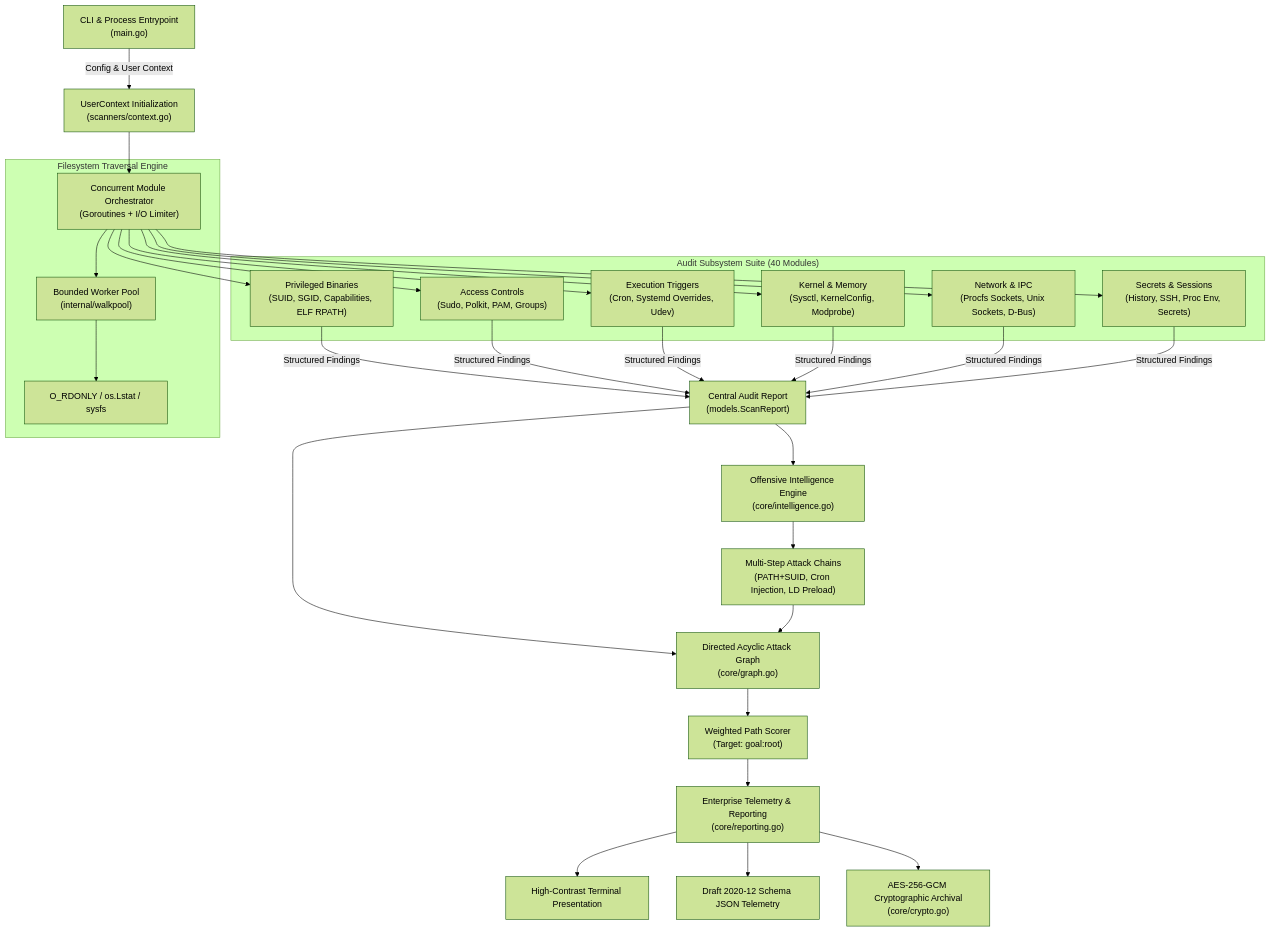
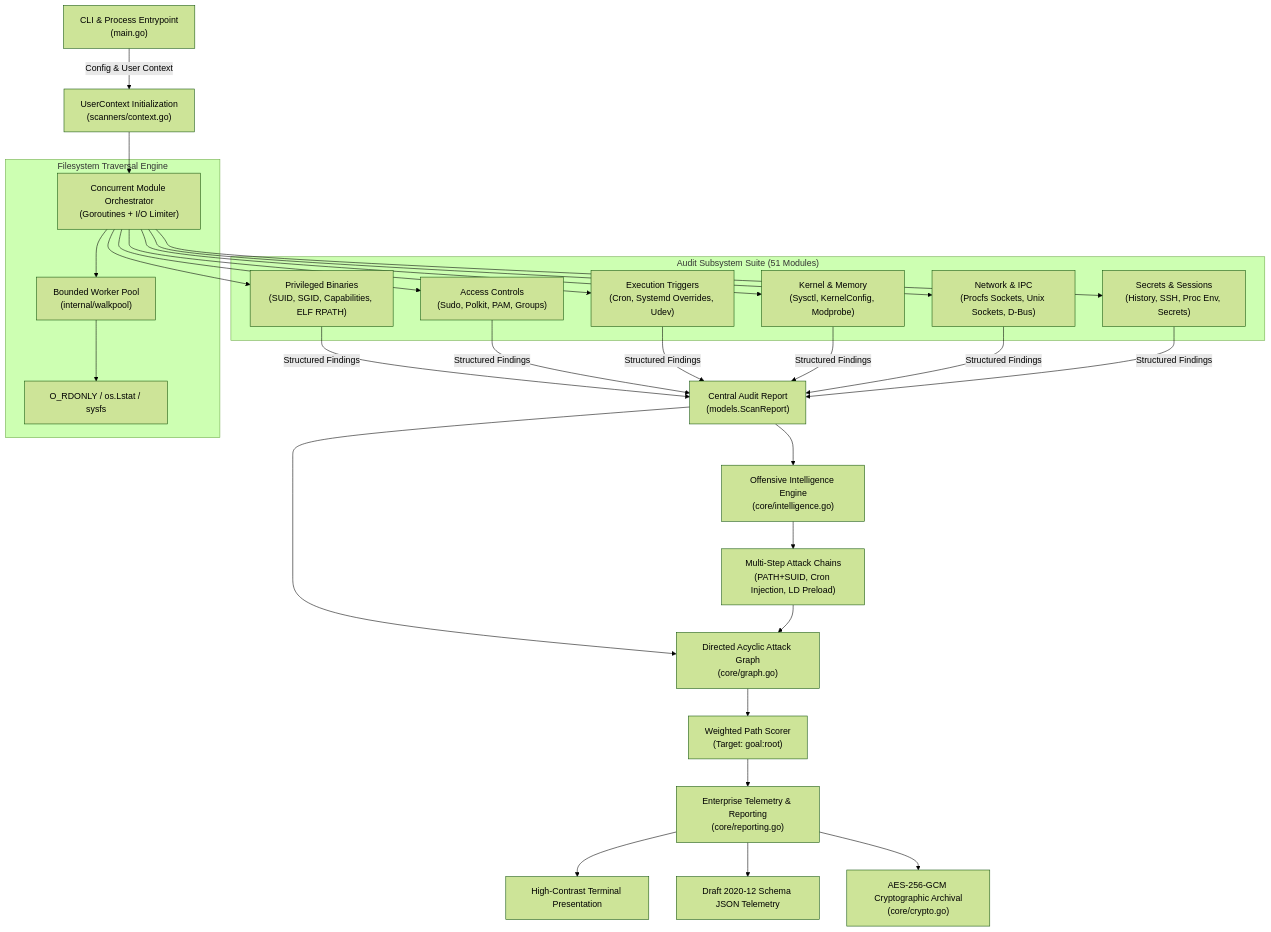
The first of 2 diagrams in docs/ARCHITECTURE.md (cetinkayaismail/talaria-privesc), drawn with Mermaid (forest theme) before and after one commit. The commit also changed other lines of this file and 5 other files, not shown here.

````diff
--- a/docs/ARCHITECTURE.md
+++ b/docs/ARCHITECTURE.md
@@ -19,33 +19,33 @@
 ```mermaid
 graph TD
     CLI["CLI & Process Entrypoint<br/>(main.go)"] -->|"Config & User Context"| Context["UserContext Initialization<br/>(scanners/context.go)"]
     
     Context --> Orchestrator["Concurrent Module Orchestrator<br/>(Goroutines + I/O Limiter)"]
     
     subgraph "Filesystem Traversal Engine"
         Orchestrator --> WalkPool["Bounded Worker Pool<br/>(internal/walkpool)"]
         WalkPool --> FastStat["O_RDONLY / os.Lstat / sysfs"]
     end
     
-    subgraph "Audit Subsystem Suite (40 Modules)"
+    subgraph "Audit Subsystem Suite (51 Modules)"
         Orchestrator --> Mod1["Privileged Binaries<br/>(SUID, SGID, Capabilities, ELF RPATH)"]
         Orchestrator --> Mod2["Access Controls<br/>(Sudo, Polkit, PAM, Groups)"]
         Orchestrator --> Mod3["Execution Triggers<br/>(Cron, Systemd Overrides, Udev)"]
         Orchestrator --> Mod4["Kernel & Memory<br/>(Sysctl, KernelConfig, Modprobe)"]
         Orchestrator --> Mod5["Network & IPC<br/>(Procfs Sockets, Unix Sockets, D-Bus)"]
         Orchestrator --> Mod6["Secrets & Sessions<br/>(History, SSH, Proc Env, Secrets)"]
     end
     
     Mod1 & Mod2 & Mod3 & Mod4 & Mod5 & Mod6 -->|"Structured Findings"| ReportModel["Central Audit Report<br/>(models.ScanReport)"]
     
     ReportModel --> IntelEngine["Offensive Intelligence Engine<br/>(core/intelligence.go)"]
     IntelEngine --> MultiStepChains["Multi-Step Attack Chains<br/>(PATH+SUID, Cron Injection, LD Preload)"]
     
     ReportModel & MultiStepChains --> GraphEngine["Directed Acyclic Attack Graph<br/>(core/graph.go)"]
     GraphEngine --> Dijkstra["Weighted Path Scorer<br/>(Target: goal:root)"]
     
     Dijkstra --> ReportingPipeline["Enterprise Telemetry & Reporting<br/>(core/reporting.go)"]
     ReportingPipeline --> TerminalOutput["High-Contrast Terminal Presentation"]
     ReportingPipeline --> JSONOutput["Draft 2020-12 Schema JSON Telemetry"]
     ReportingPipeline --> EncryptedOutput["AES-256-GCM Cryptographic Archival<br/>(core/crypto.go)"]
 ```
````
